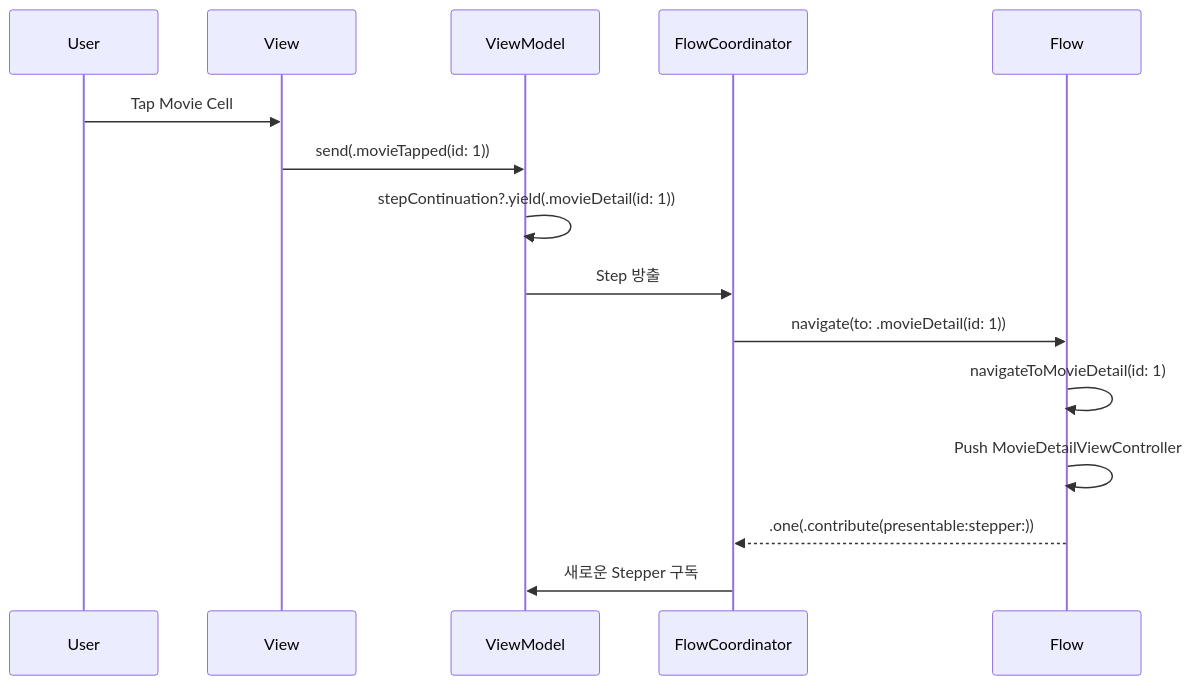
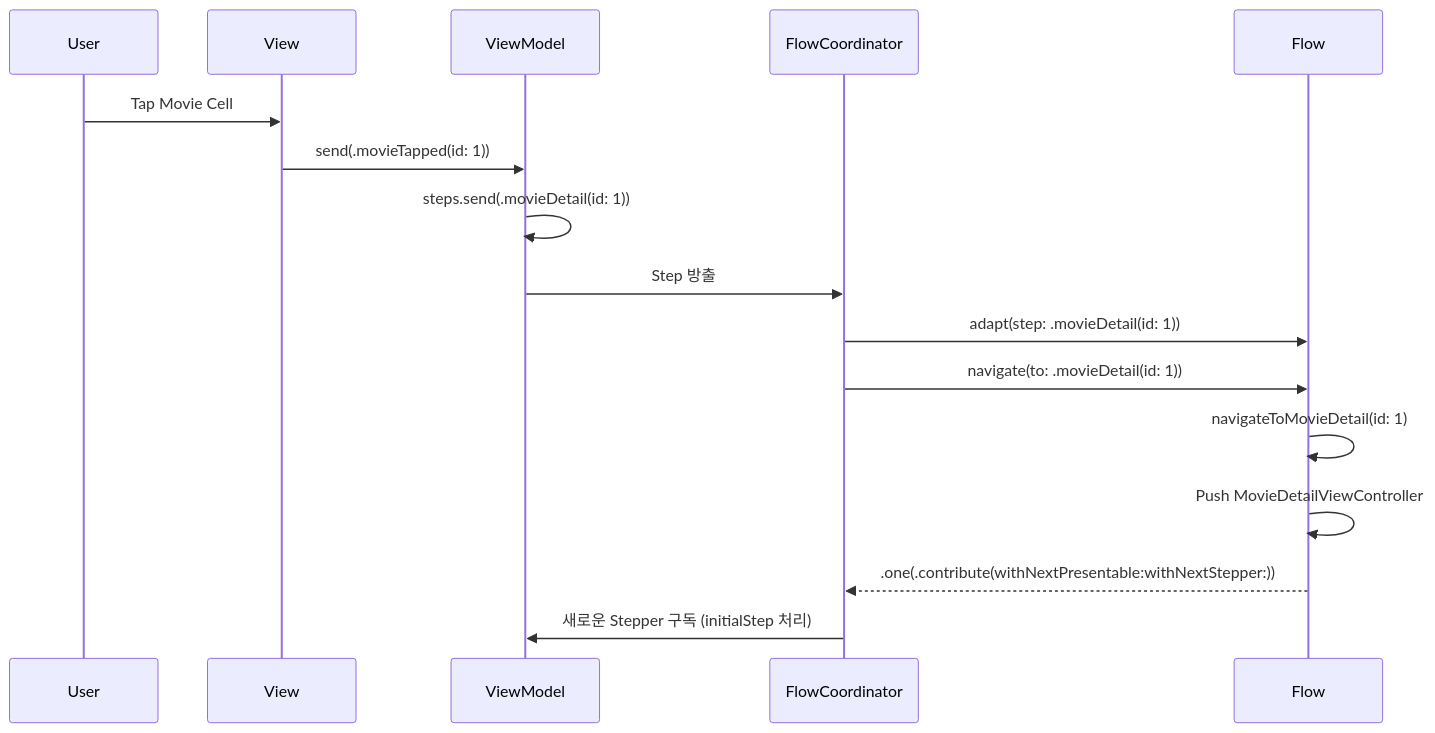
The diagram in README.md (Jimmy-Jung/AsyncFlow), drawn with Mermaid before and after one commit. The commit also changed other lines of this file and 33 other files, not shown here.

````diff
--- a/README.md
+++ b/README.md
@@ -296,18 +468,19 @@
 ```mermaid
 sequenceDiagram
     participant User
     participant View
     participant ViewModel
     participant Coordinator as FlowCoordinator
     participant Flow
     
     User->>View: Tap Movie Cell
     View->>ViewModel: send(.movieTapped(id: 1))
-    ViewModel->>ViewModel: stepContinuation?.yield(.movieDetail(id: 1))
+    ViewModel->>ViewModel: steps.send(.movieDetail(id: 1))
     ViewModel->>Coordinator: Step 방출
+    Coordinator->>Flow: adapt(step: .movieDetail(id: 1))
     Coordinator->>Flow: navigate(to: .movieDetail(id: 1))
     Flow->>Flow: navigateToMovieDetail(id: 1)
     Flow->>Flow: Push MovieDetailViewController
-    Flow-->>Coordinator: .one(.contribute(presentable:stepper:))
-    Coordinator->>ViewModel: 새로운 Stepper 구독
+    Flow-->>Coordinator: .one(.contribute(withNextPresentable:withNextStepper:))
+    Coordinator->>ViewModel: 새로운 Stepper 구독 (initialStep 처리)
 ```
````
